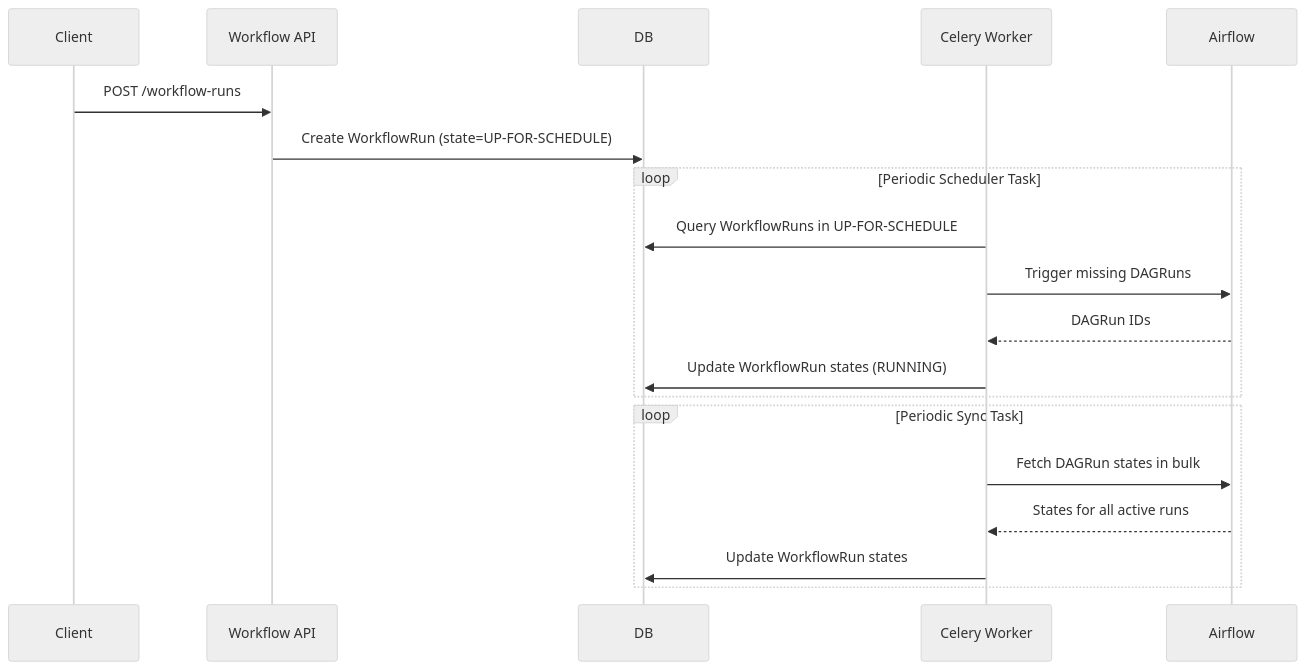
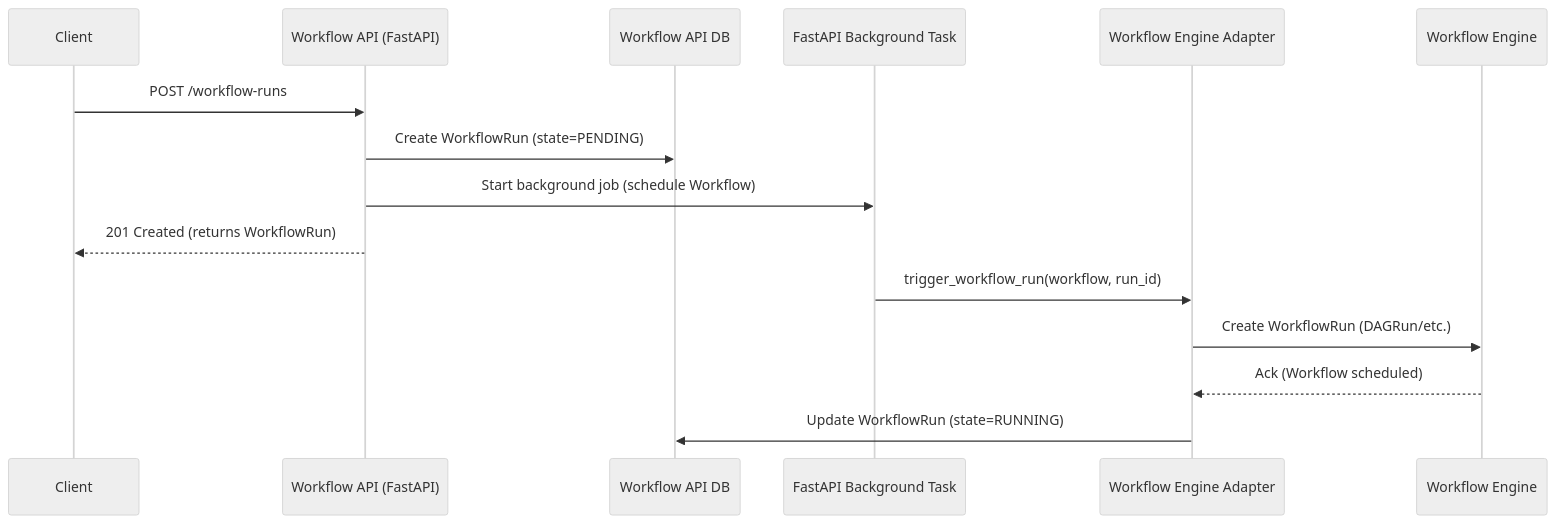
One commit to kaapana/kaapana changed the second of 4 diagrams in services/base/workflow-api/docker/files/Readme.md. Above: the diagram before and after it, drawn with Mermaid (neutral theme). The commit also changed other lines of this file, not shown here.

````diff
--- a/services/base/workflow-api/docker/files/Readme.md
+++ b/services/base/workflow-api/docker/files/Readme.md
@@ -90,24 +100,19 @@
 ```mermaid
 sequenceDiagram
     participant Client as Client
-    participant API as Workflow API
-    participant DB as DB
-    participant Celery as Celery Worker
-    participant Airflow as Airflow
+    participant API as Workflow API (FastAPI)
+    participant DB as Workflow API DB
+    participant BG as FastAPI Background Task
+    participant Adapter as Workflow Engine Adapter
+    participant Engine as Workflow Engine
 
     Client->>API: POST /workflow-runs
-    API->>DB: Create WorkflowRun (state=UP-FOR-SCHEDULE)
+    API->>DB: Create WorkflowRun (state=PENDING)
+    API->>BG: Start background job (schedule Workflow)
+    API-->>Client: 201 Created (returns WorkflowRun)
 
-    loop Periodic Scheduler Task
-        Celery->>DB: Query WorkflowRuns in UP-FOR-SCHEDULE
-        Celery->>Airflow: Trigger missing DAGRuns
-        Airflow-->>Celery: DAGRun IDs
-        Celery->>DB: Update WorkflowRun states (RUNNING)
-    end
-
-    loop Periodic Sync Task
-        Celery->>Airflow: Fetch DAGRun states in bulk
-        Airflow-->>Celery: States for all active runs
-        Celery->>DB: Update WorkflowRun states
-    end
+    BG->>Adapter: trigger_workflow_run(workflow, run_id)
+    Adapter->>Engine: Create WorkflowRun (DAGRun/etc.)
+    Engine-->>Adapter: Ack (Workflow scheduled)
+    Adapter->>DB: Update WorkflowRun (state=RUNNING)
 ```
````
